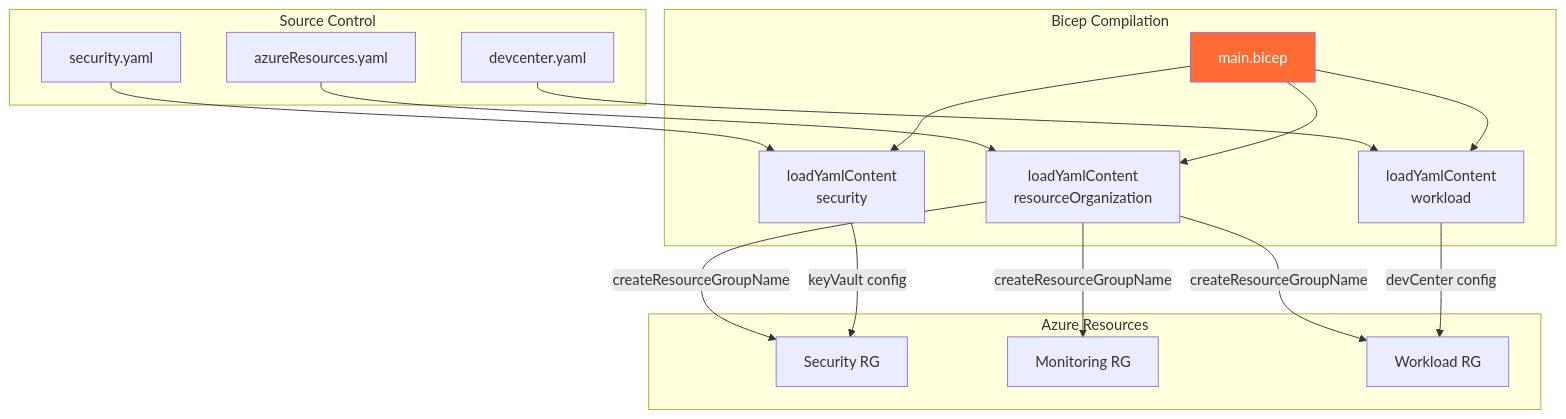
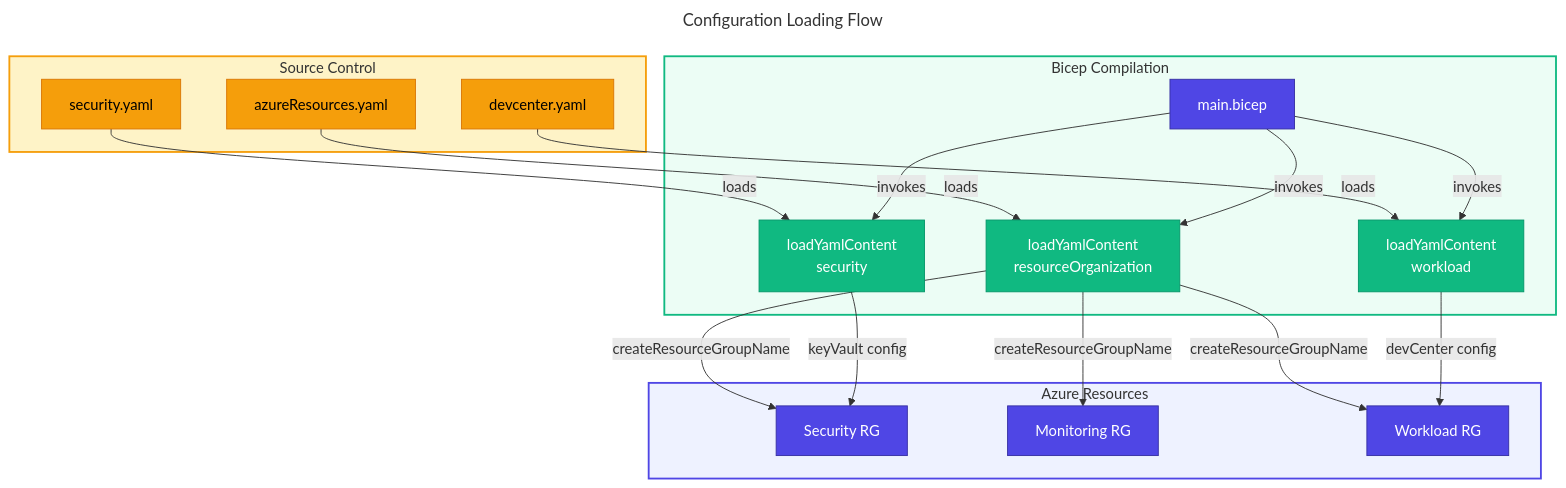
One commit to Evilazaro/DevExp-DevBox changed the sixth of 8 diagrams in docs/architecture/02-data-architecture.md. Above: the diagram before and after it, drawn with Mermaid.

Commit message:
Refactor Configuration Loading Flow diagram for improved clarity and navigation by enhancing node relationships, class definitions, and styles.

````diff
--- a/docs/architecture/02-data-architecture.md
+++ b/docs/architecture/02-data-architecture.md
@@ -544,38 +544,59 @@
 ```mermaid
+---
+title: Configuration Loading Flow
+---
 flowchart TB
-    subgraph "Source Control"
-        YAML1[azureResources.yaml]
-        YAML2[security.yaml]
-        YAML3[devcenter.yaml]
+    %% ===== SOURCE CONTROL =====
+    subgraph sourceControl["Source Control"]
+        YAML1["azureResources.yaml"]
+        YAML2["security.yaml"]
+        YAML3["devcenter.yaml"]
     end
     
-    subgraph "Bicep Compilation"
-        MAIN[main.bicep]
-        LOAD1[loadYamlContent<br/>resourceOrganization]
-        LOAD2[loadYamlContent<br/>security]
-        LOAD3[loadYamlContent<br/>workload]
+    %% ===== BICEP COMPILATION =====
+    subgraph bicepCompile["Bicep Compilation"]
+        MAIN["main.bicep"]
+        LOAD1["loadYamlContent<br/>resourceOrganization"]
+        LOAD2["loadYamlContent<br/>security"]
+        LOAD3["loadYamlContent<br/>workload"]
     end
     
-    subgraph "Azure Resources"
-        RG1[Security RG]
-        RG2[Monitoring RG]
-        RG3[Workload RG]
+    %% ===== AZURE RESOURCES =====
+    subgraph azureResources["Azure Resources"]
+        RG1["Security RG"]
+        RG2["Monitoring RG"]
+        RG3["Workload RG"]
     end
     
-    YAML1 --> LOAD1
-    YAML2 --> LOAD2
-    YAML3 --> LOAD3
+    %% ===== RELATIONSHIPS =====
+    YAML1 -->|loads| LOAD1
+    YAML2 -->|loads| LOAD2
+    YAML3 -->|loads| LOAD3
     
-    MAIN --> LOAD1
-    MAIN --> LOAD2
-    MAIN --> LOAD3
+    MAIN -->|invokes| LOAD1
+    MAIN -->|invokes| LOAD2
+    MAIN -->|invokes| LOAD3
     
     LOAD1 -->|createResourceGroupName| RG1
     LOAD1 -->|createResourceGroupName| RG2
     LOAD1 -->|createResourceGroupName| RG3
     
     LOAD2 -->|keyVault config| RG1
     LOAD3 -->|devCenter config| RG3
     
-    style MAIN fill:#FF6B35,color:#fff
+    %% ===== CLASS DEFINITIONS =====
+    classDef primary fill:#4F46E5,stroke:#3730A3,color:#FFFFFF
+    classDef secondary fill:#10B981,stroke:#059669,color:#FFFFFF
+    classDef datastore fill:#F59E0B,stroke:#D97706,color:#000000
+    
+    %% ===== CLASS ASSIGNMENTS =====
+    class MAIN primary
+    class YAML1,YAML2,YAML3 datastore
+    class LOAD1,LOAD2,LOAD3 secondary
+    class RG1,RG2,RG3 primary
+    
+    %% ===== SUBGRAPH STYLES =====
+    style sourceControl fill:#FEF3C7,stroke:#F59E0B,stroke-width:2px
+    style bicepCompile fill:#ECFDF5,stroke:#10B981,stroke-width:2px
+    style azureResources fill:#EEF2FF,stroke:#4F46E5,stroke-width:2px
 ```
````
